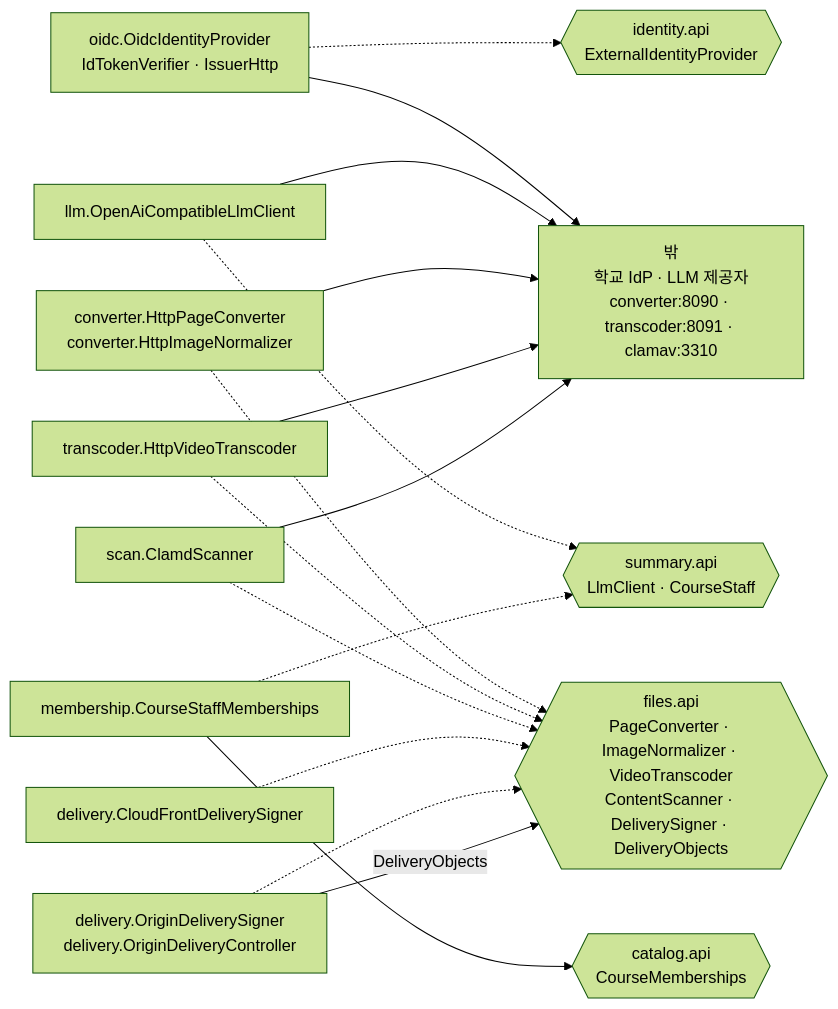
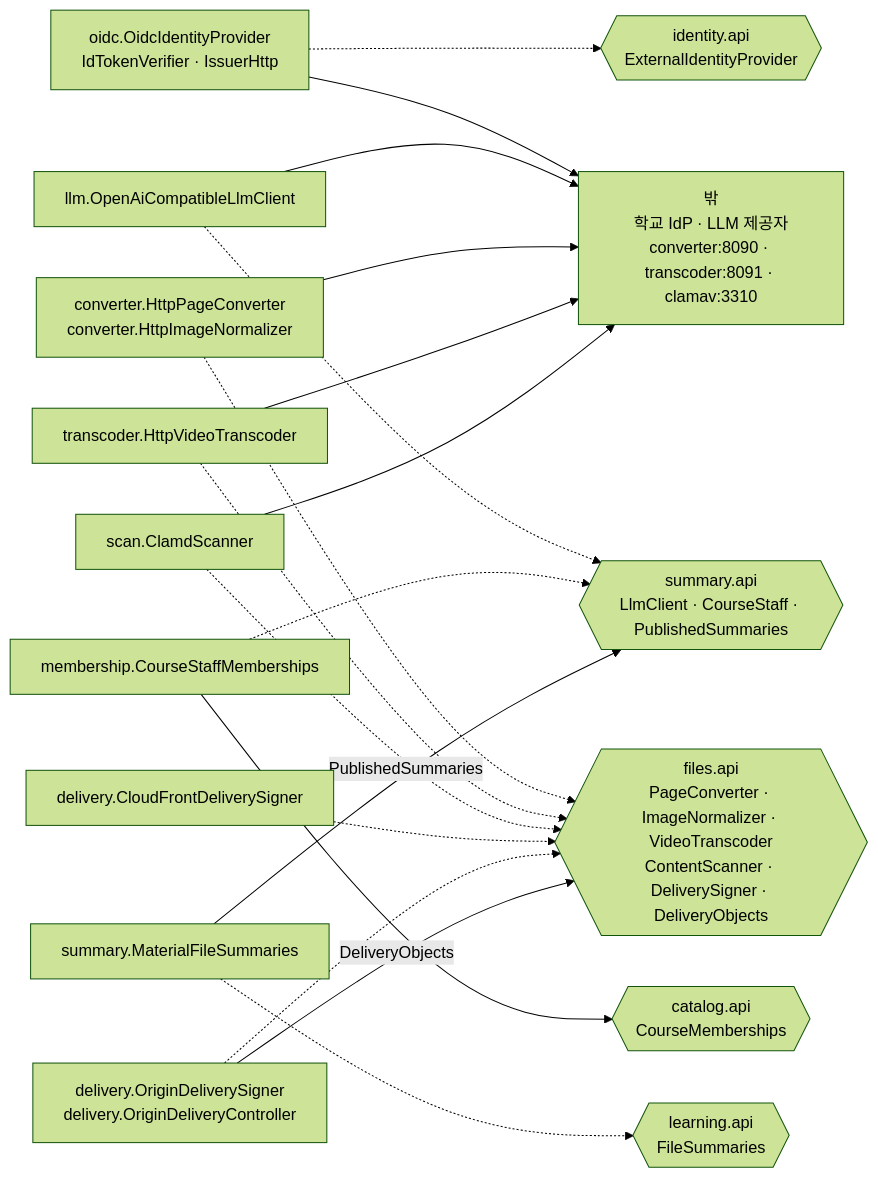
Diagram 14 of 18 in backend/docs/c4.md (2026ENDPoinT/team13), drawn with Mermaid (forest theme) before and after one commit. The commit also changed other lines of this file, not shown here.

````diff
--- a/backend/docs/c4.md
+++ b/backend/docs/c4.md
@@ -527,22 +535,26 @@
 ```mermaid
 flowchart LR
   OIDC["oidc.OidcIdentityProvider<br/>IdTokenVerifier · IssuerHttp"]
   LLMA["llm.OpenAiCompatibleLlmClient"]
   CONV["converter.HttpPageConverter<br/>converter.HttpImageNormalizer"]
   TR["transcoder.HttpVideoTranscoder"]
   SCAN["scan.ClamdScanner"]
   CFS["delivery.CloudFrontDeliverySigner"]
   ORG["delivery.OriginDeliverySigner<br/>delivery.OriginDeliveryController"]
   MEM["membership.CourseStaffMemberships"]
+  MFS["summary.MaterialFileSummaries"]
   PID{{"identity.api<br/>ExternalIdentityProvider"}}
-  PSUM{{"summary.api<br/>LlmClient · CourseStaff"}}
+  PSUM{{"summary.api<br/>LlmClient · CourseStaff · PublishedSummaries"}}
+  PLRN{{"learning.api<br/>FileSummaries"}}
   PF{{"files.api<br/>PageConverter · ImageNormalizer · VideoTranscoder<br/>ContentScanner · DeliverySigner · DeliveryObjects"}}
   CAT{{"catalog.api<br/>CourseMemberships"}}
   EXT["밖<br/>학교 IdP · LLM 제공자<br/>converter:8090 · transcoder:8091 · clamav:3310"]
   OIDC -.-> PID
   LLMA & MEM -.-> PSUM
   CONV & TR & SCAN & CFS & ORG -.-> PF
   ORG -->|"DeliveryObjects"| PF
   MEM --> CAT
+  MFS -.-> PLRN
+  MFS -->|"PublishedSummaries"| PSUM
   OIDC & LLMA & CONV & TR & SCAN --> EXT
 ```
````
